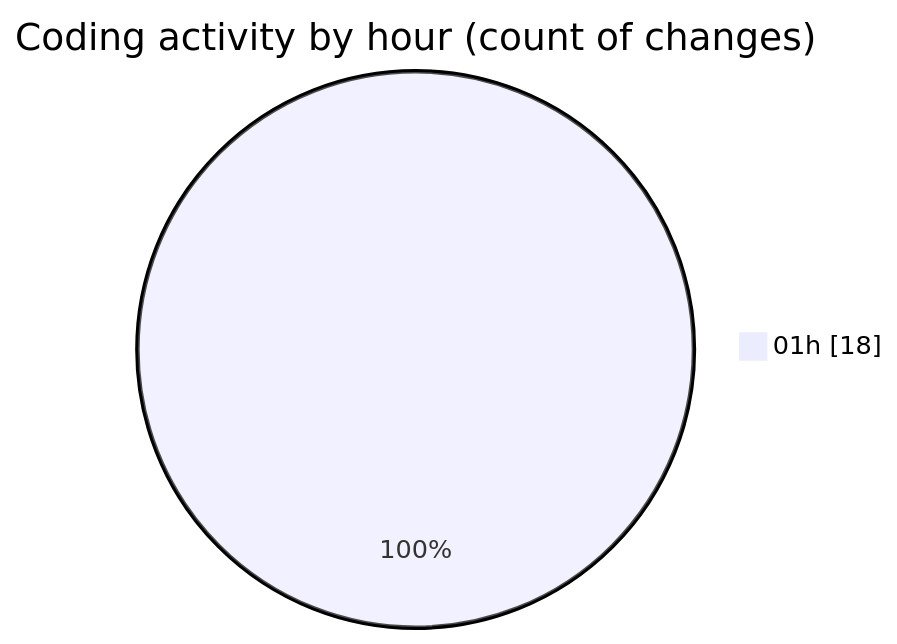
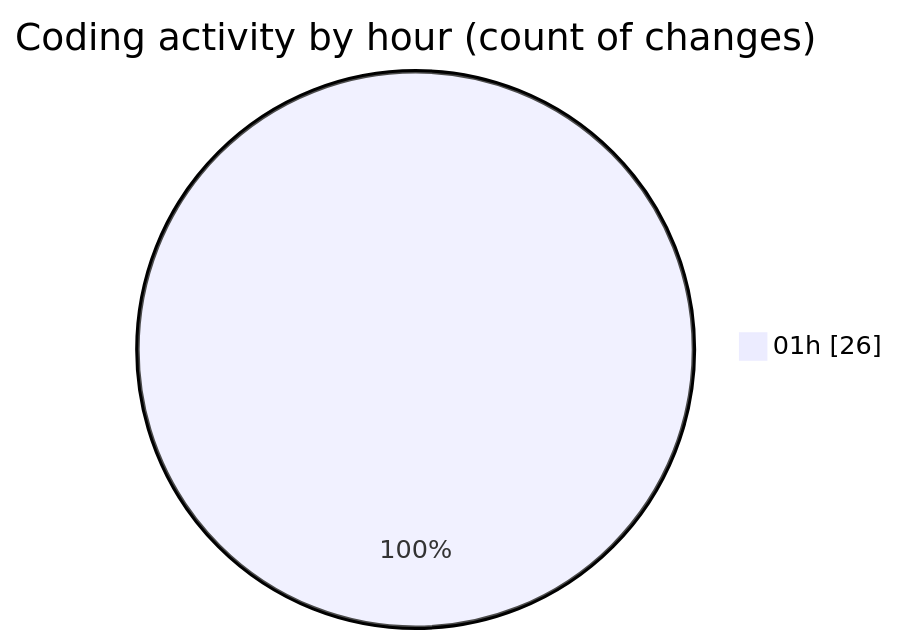
Before and after one commit to Ritupan-Deka/code-tracking: the second of 2 diagrams in 2025-01-28/0starter_files/README.md, drawn with Mermaid. The commit also changed other lines of this file and 1 other file, not shown here.

````diff
--- a/2025-01-28/0starter_files/README.md
+++ b/2025-01-28/0starter_files/README.md
@@ -28,5 +28,5 @@
 ```mermaid
 pie showData
 title Coding activity by hour (count of changes)
-"01h" : 18
+"01h" : 26
 ```
````
